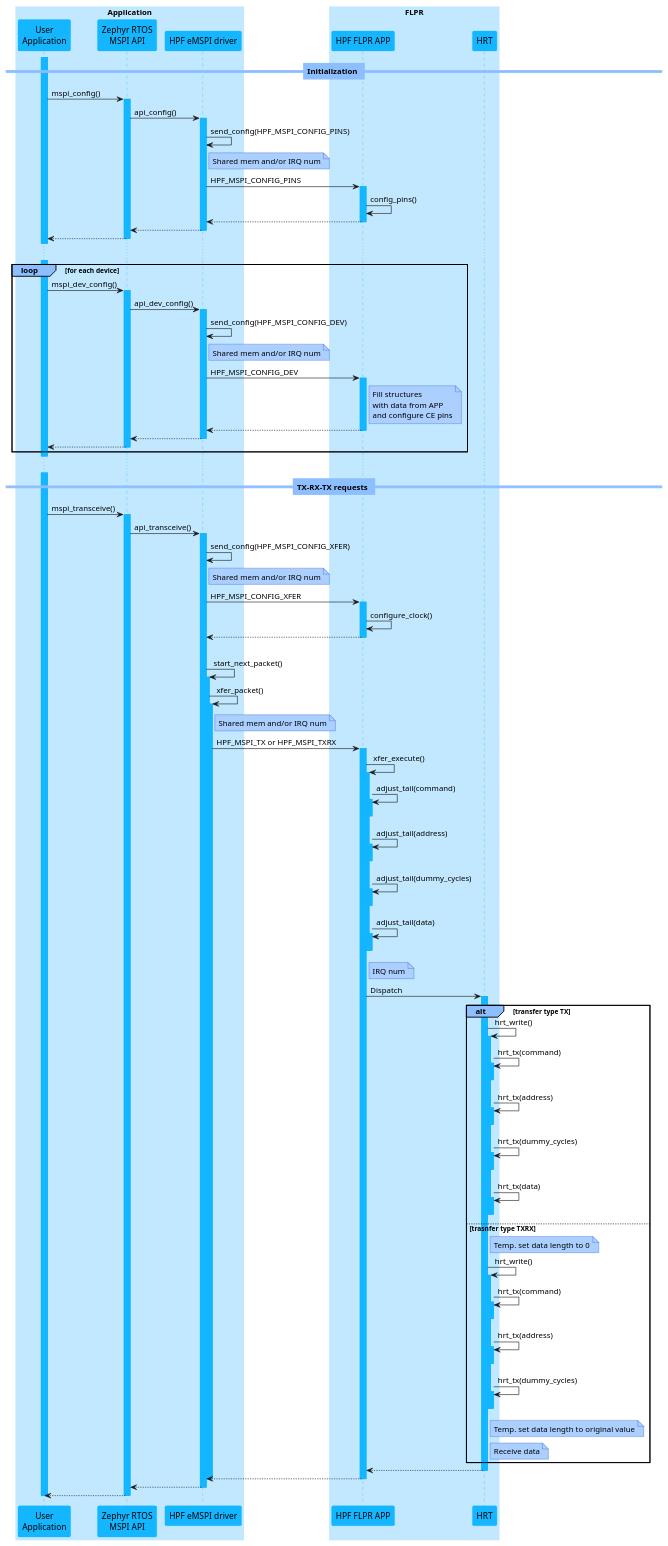
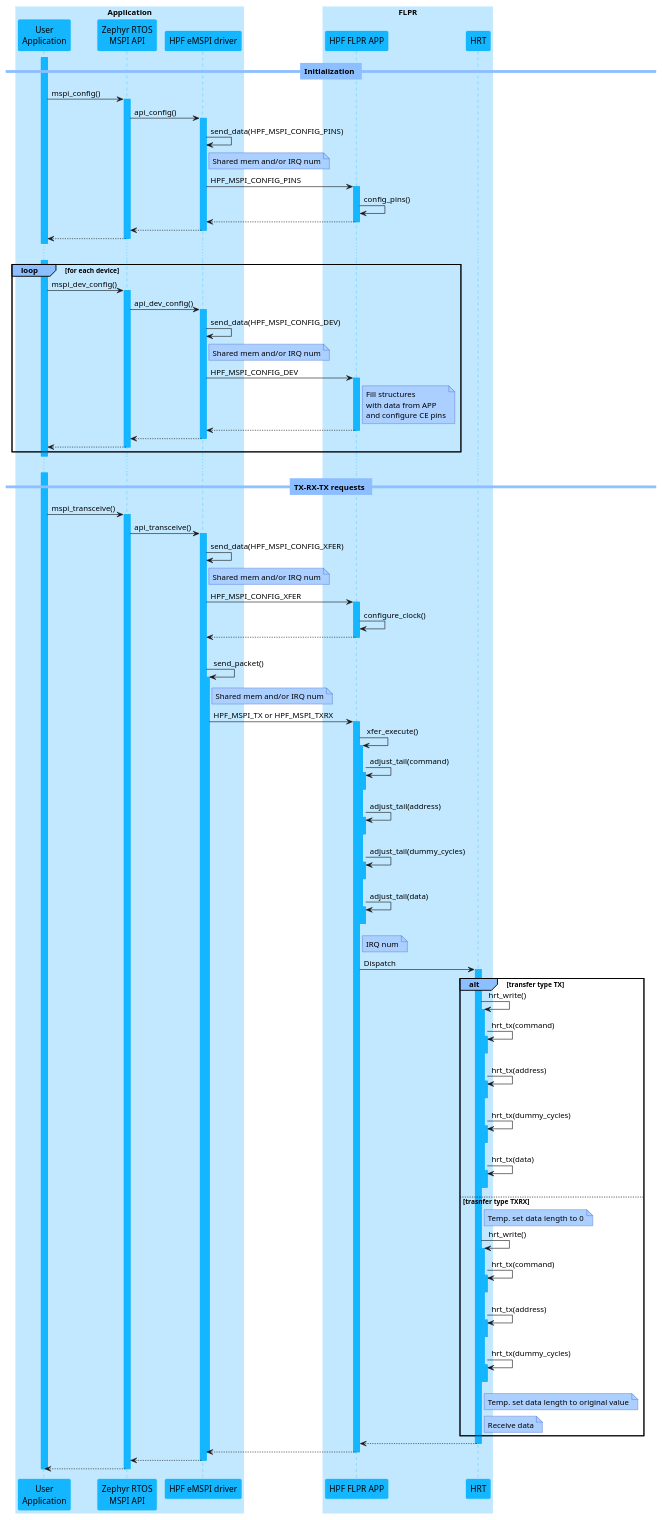
Before and after one commit to nrfconnect/sdk-nrf: the diagram in applications/hpf/mspi/README.rst, drawn with PlantUML. The commit also changed other lines of this file, not shown here.

First line of the commit message:
application: hpf: Update usage documentation

```diff
--- a/applications/hpf/mspi/README.rst
+++ b/applications/hpf/mspi/README.rst
@@ -138,7 +249,7 @@
   activate a
   a -> d : api_config()
   activate d
-  d -> d : send_config(HPF_MSPI_CONFIG_PINS)
+  d -> d : send_data(HPF_MSPI_CONFIG_PINS)
   note right d: Shared mem and/or IRQ num
   d -> f : HPF_MSPI_CONFIG_PINS
   activate f
@@ -157,7 +268,7 @@
   activate a
   a -> d : api_dev_config()
   activate d
-  d -> d : send_config(HPF_MSPI_CONFIG_DEV)
+  d -> d : send_data(HPF_MSPI_CONFIG_DEV)
   note right d: Shared mem and/or IRQ num
   d -> f : HPF_MSPI_CONFIG_DEV
   activate f
@@ -178,7 +289,7 @@
   activate a
   a -> d : api_transceive()
   activate d
-  d -> d : send_config(HPF_MSPI_CONFIG_XFER)
+  d -> d : send_data(HPF_MSPI_CONFIG_XFER)
   note right d: Shared mem and/or IRQ num
   d -> f : HPF_MSPI_CONFIG_XFER
   activate f
@@ -186,8 +297,7 @@
   return
   deactivate f
   loop for each packet
-  d -> d ++ : start_next_packet()
-  d -> d ++ : xfer_packet()
+  d -> d ++ : send_packet()
   note right d: Shared mem and/or IRQ num
   d -> f : HPF_MSPI_TX or HPF_MSPI_TXRX
   activate f
@@ -233,7 +343,6 @@
   return
   return
   deactivate d
-  deactivate d
   d --> a
   deactivate d
   a --> t
```
